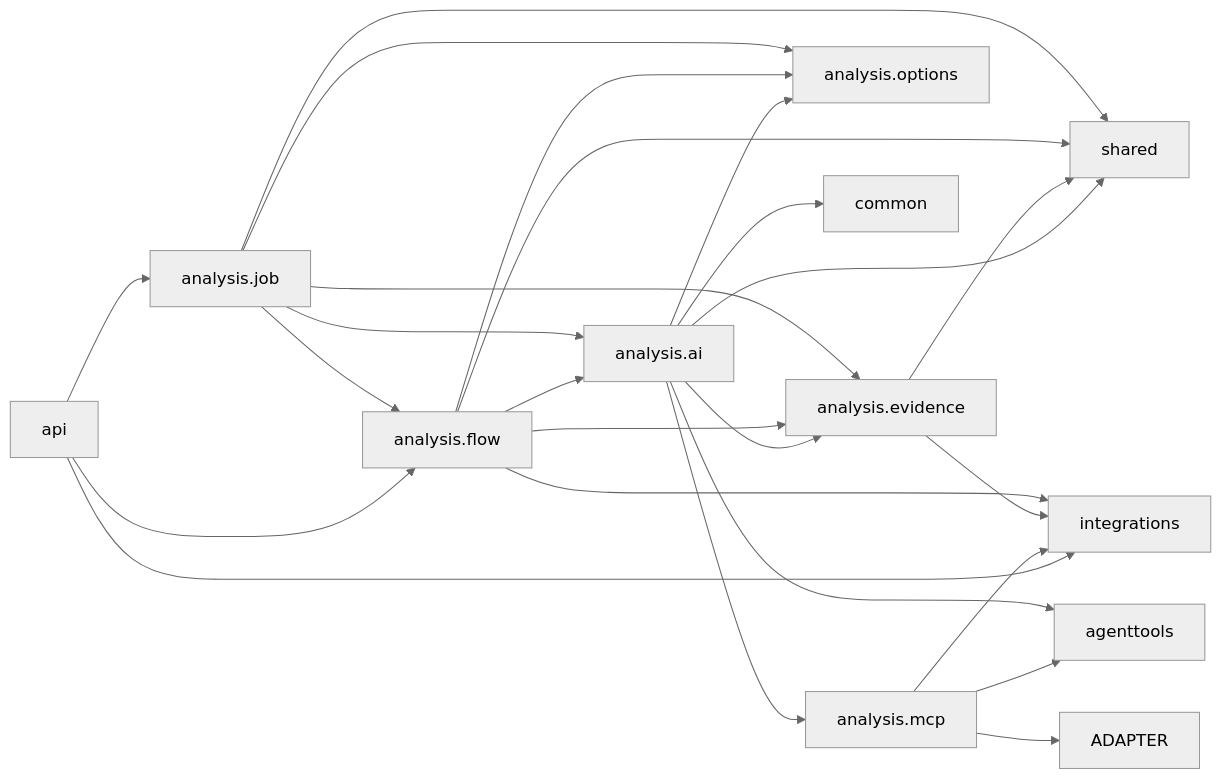
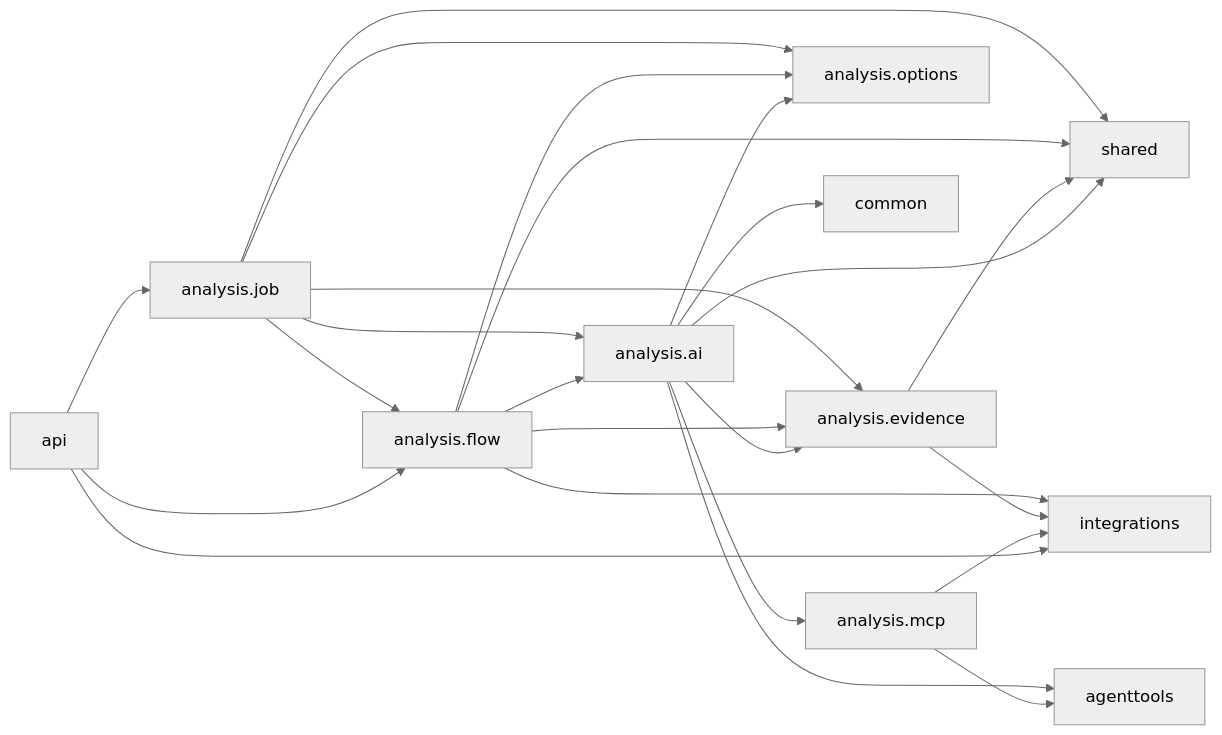
Before and after one commit to herald-assistant/incident-tracker: the second of 2 diagrams in docs/architecture/05-package-dependencies.md, drawn with Mermaid (neutral theme). The commit also changed other lines of this file and 39 other files, not shown here.

````diff
--- a/docs/architecture/05-package-dependencies.md
+++ b/docs/architecture/05-package-dependencies.md
@@ -139,32 +135,31 @@
 ```mermaid
 flowchart LR
     JOB["analysis.job"] --> FLOW["analysis.flow"]
     JOB --> AI["analysis.ai"]
     JOB --> EVIDENCE["analysis.evidence"]
     JOB --> OPTIONS["analysis.options"]
     JOB --> SHARED["shared"]
 
     FLOW --> EVIDENCE
     FLOW --> AI
     FLOW --> OPTIONS
     FLOW --> INTEGRATIONS["integrations"]
     FLOW --> SHARED
 
     EVIDENCE --> INTEGRATIONS["integrations"]
     EVIDENCE --> SHARED
 
     AI --> MCP["analysis.mcp"]
     AI --> AGENTTOOLS["agenttools"]
     AI --> EVIDENCE
     AI --> OPTIONS
     AI --> COMMON["common"]
     AI --> SHARED
 
-    MCP --> ADAPTER
     MCP --> INTEGRATIONS
     MCP --> AGENTTOOLS
 
     API["api"] --> INTEGRATIONS
     API --> FLOW
     API --> JOB
 ```
````
